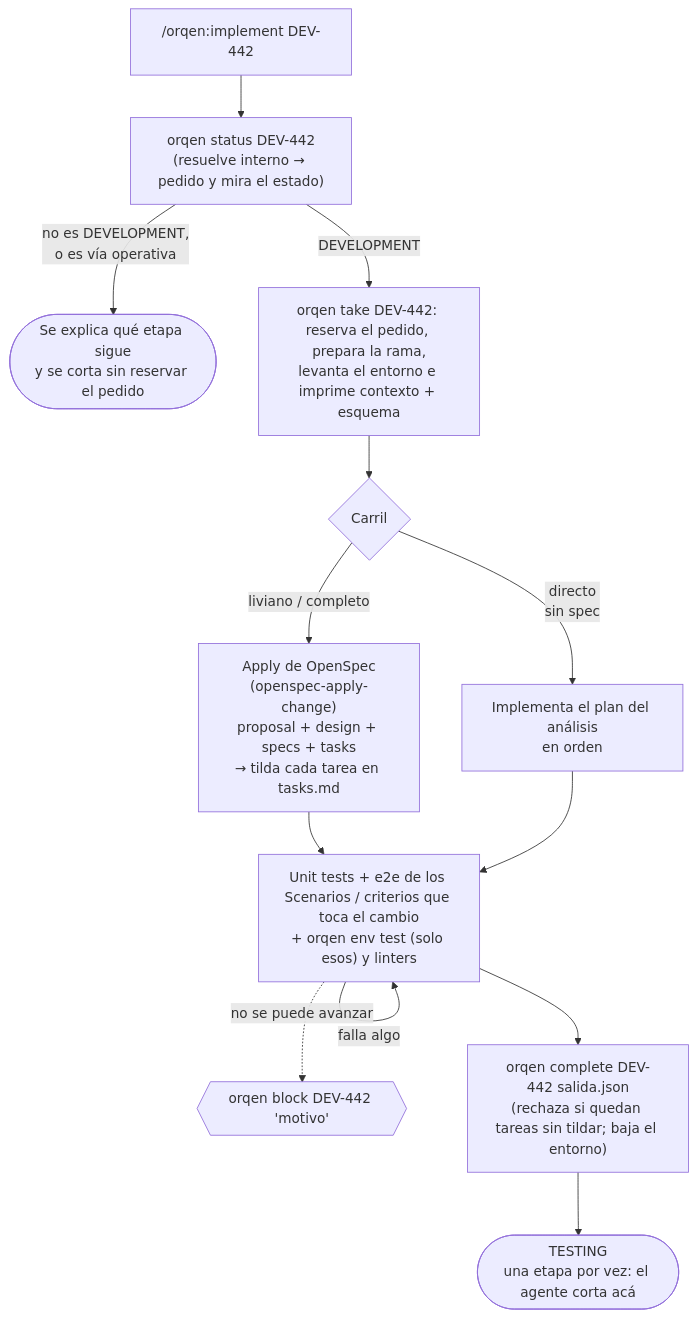
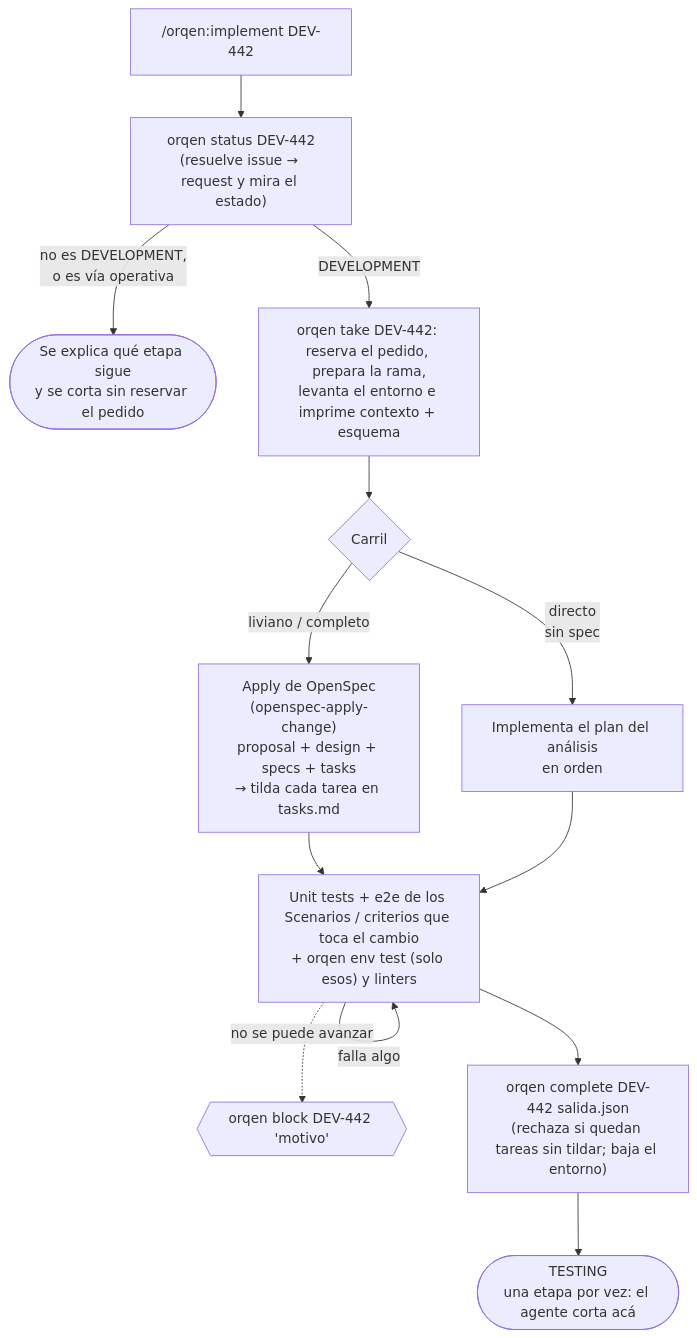
Before and after one commit to sistemas-telpin/orqen: the third of 7 diagrams in README.md, drawn with Mermaid. The commit also changed other lines of this file and 53 other files, not shown here.

````diff
--- a/README.md
+++ b/README.md
@@ -159,15 +159,15 @@
 ```mermaid
 flowchart TD
-    A["/orqen:implement DEV-442"] --> B["orqen status DEV-442<br/>(resuelve interno → pedido y mira el estado)"]
+    A["/orqen:implement DEV-442"] --> B["orqen status DEV-442<br/>(resuelve issue → request y mira el estado)"]
     B -->|"no es DEVELOPMENT,<br/>o es vía operativa"| X(["Se explica qué etapa sigue<br/>y se corta sin reservar el pedido"])
     B -->|"DEVELOPMENT"| C["orqen take DEV-442: reserva el pedido, prepara la rama,<br/>levanta el entorno e imprime contexto + esquema"]
     C --> D{"Carril"}
     D -->|"liviano / completo"| E["Apply de OpenSpec<br/>(openspec-apply-change)<br/>proposal + design + specs + tasks<br/>→ tilda cada tarea en tasks.md"]
     D -->|"directo<br/>sin spec"| F["Implementa el plan del análisis<br/>en orden"]
     E --> G
     F --> G["Unit tests + e2e de los Scenarios / criterios que toca el cambio<br/>+ orqen env test (solo esos) y linters"]
     G -->|"falla algo"| G
     G --> H["orqen complete DEV-442 salida.json<br/>(rechaza si quedan tareas sin tildar; baja el entorno)"]
     H --> I(["TESTING<br/>una etapa por vez: el agente corta acá"])
     G -.->|"no se puede avanzar"| Z{{"orqen block DEV-442 'motivo'"}}
 ```
````
